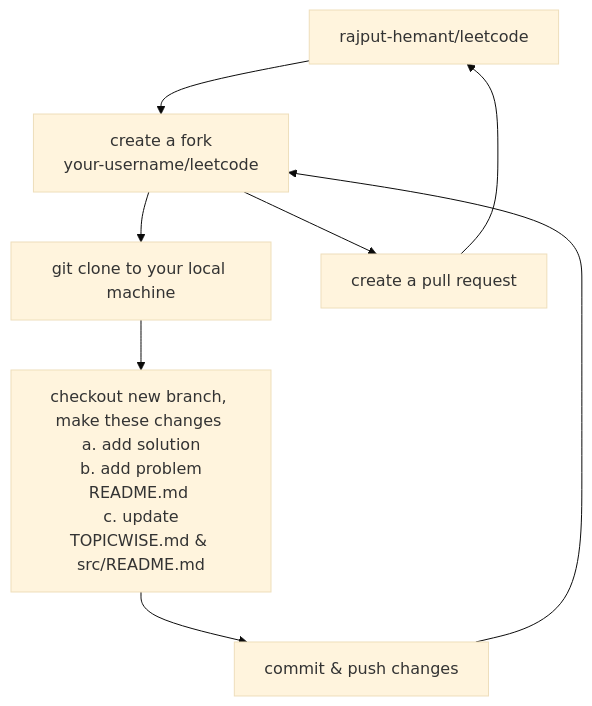
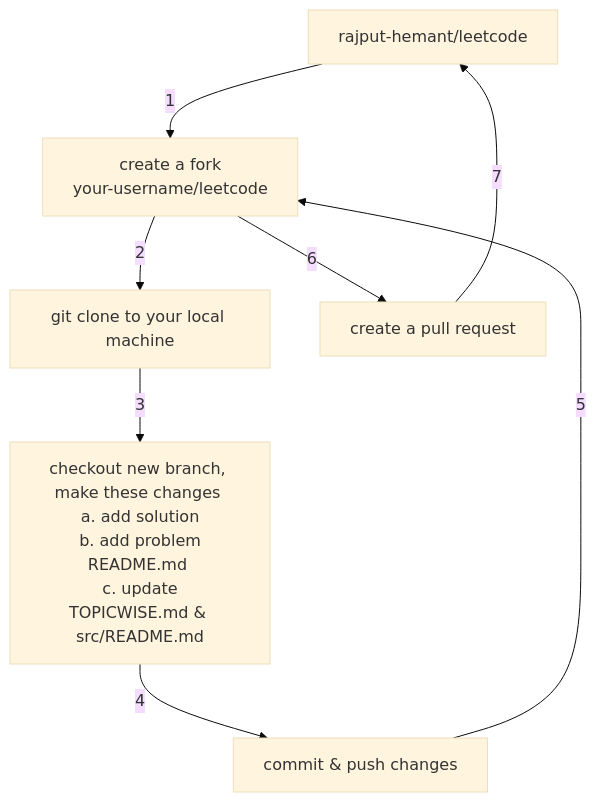
Before and after one commit to rajput-hemant/leetcode: the diagram in README.md, drawn with Mermaid (base theme). The commit also changed other lines of this file, not shown here.

Commit message:
updated README.md: added topics & updated contribution graph

````diff
--- a/README.md
+++ b/README.md
@@ -38,10 +110,10 @@
 ```mermaid
   graph TD;
-      A[rajput-hemant/leetcode] --> B[create a fork <br> your-username/leetcode];
-      B --> C[git clone to your local machine];
-      C --> D[checkout new branch, make these changes <br> a. add solution <br> b. add problem README.md <br> c. update TOPICWISE.md & src/README.md];
-      D --> E[commit & push changes];
-      E --> B;
-      B --> F[create a pull request];
-      F --> A;
+      A[rajput-hemant/leetcode] --1--> B[create a fork <br> your-username/leetcode];
+      B --2--> C[git clone to your local machine];
+      C --3--> D[checkout new branch, make these changes <br> a. add solution <br> b. add problem README.md <br> c. update TOPICWISE.md & src/README.md];
+      D --4--> E[commit & push changes];
+      E --5--> B;
+      B --6--> F[create a pull request];
+      F --7--> A;
 ```
````
